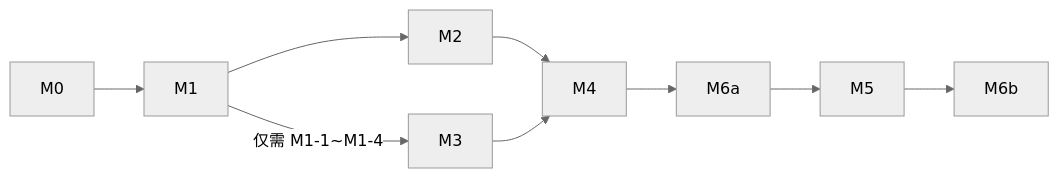
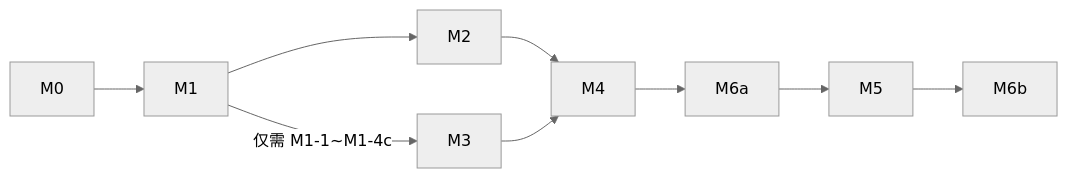
Before and after one commit to Assassin187/NePA: the second of 2 diagrams in project_docs/system_design.md, drawn with Mermaid (neutral theme). The commit also changed other lines of this file and 1 other file, not shown here.

````diff
--- a/project_docs/system_design.md
+++ b/project_docs/system_design.md
@@ -1356,6 +1915,6 @@
 ```mermaid
 flowchart LR
   M0 --> M1 --> M2 --> M4
-  M1 -- 仅需 M1-1~M1-4 --> M3 --> M4
+  M1 -- 仅需 M1-1~M1-4c --> M3 --> M4
   M4 --> M6a --> M5 --> M6b
 ```
````
